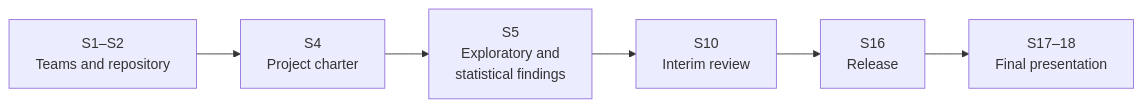
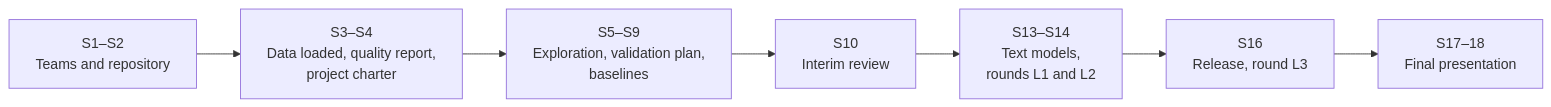
Before and after one commit to khoadaniel/statistical-programming-mpmd-htw-ws-2026: the diagram in sessions/17-18-final-presentations/final-project.md, drawn with Mermaid. The commit also changed other lines of this file and 25 other files, not shown here.

Commit message:
improve final project design

````diff
--- a/sessions/17-18-final-presentations/final-project.md
+++ b/sessions/17-18-final-presentations/final-project.md
@@ -19,8 +24,9 @@
 ```mermaid
 flowchart LR
-  A["S1–S2<br/>Teams and repository"] --> B["S4<br/>Project charter"]
-  B --> C["S5<br/>Exploratory and<br/>statistical findings"]
+  A["S1–S2<br/>Teams and repository"] --> B["S3–S4<br/>Data loaded, quality report,<br/>project charter"]
+  B --> C["S5–S9<br/>Exploration, validation plan,<br/>baselines"]
   C --> D["S10<br/>Interim review"]
-  D --> E["S16<br/>Release"]
-  E --> F["S17–18<br/>Final presentation"]
+  D --> E["S13–S14<br/>Text models,<br/>rounds L1 and L2"]
+  E --> F["S16<br/>Release, round L3"]
+  F --> G["S17–18<br/>Final presentation"]
 ```
````
